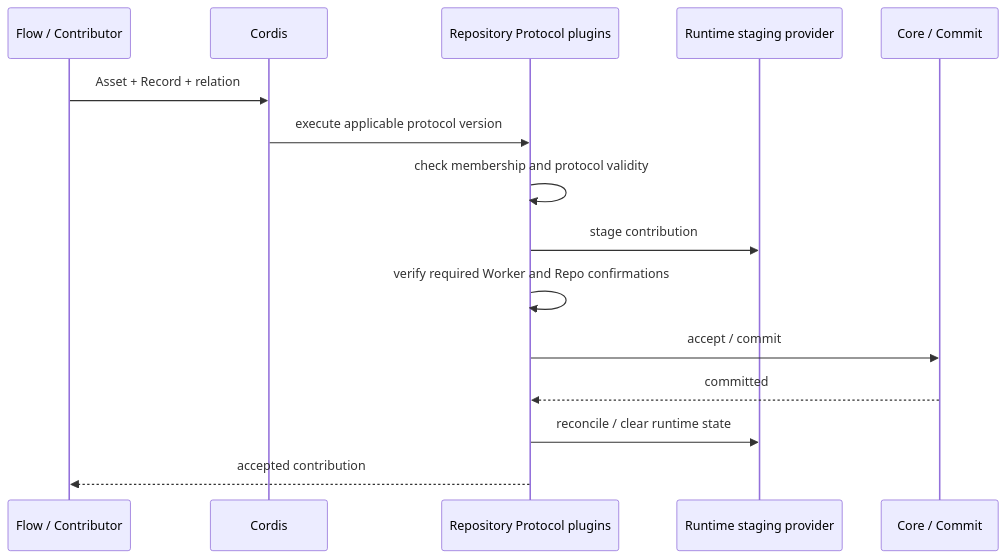
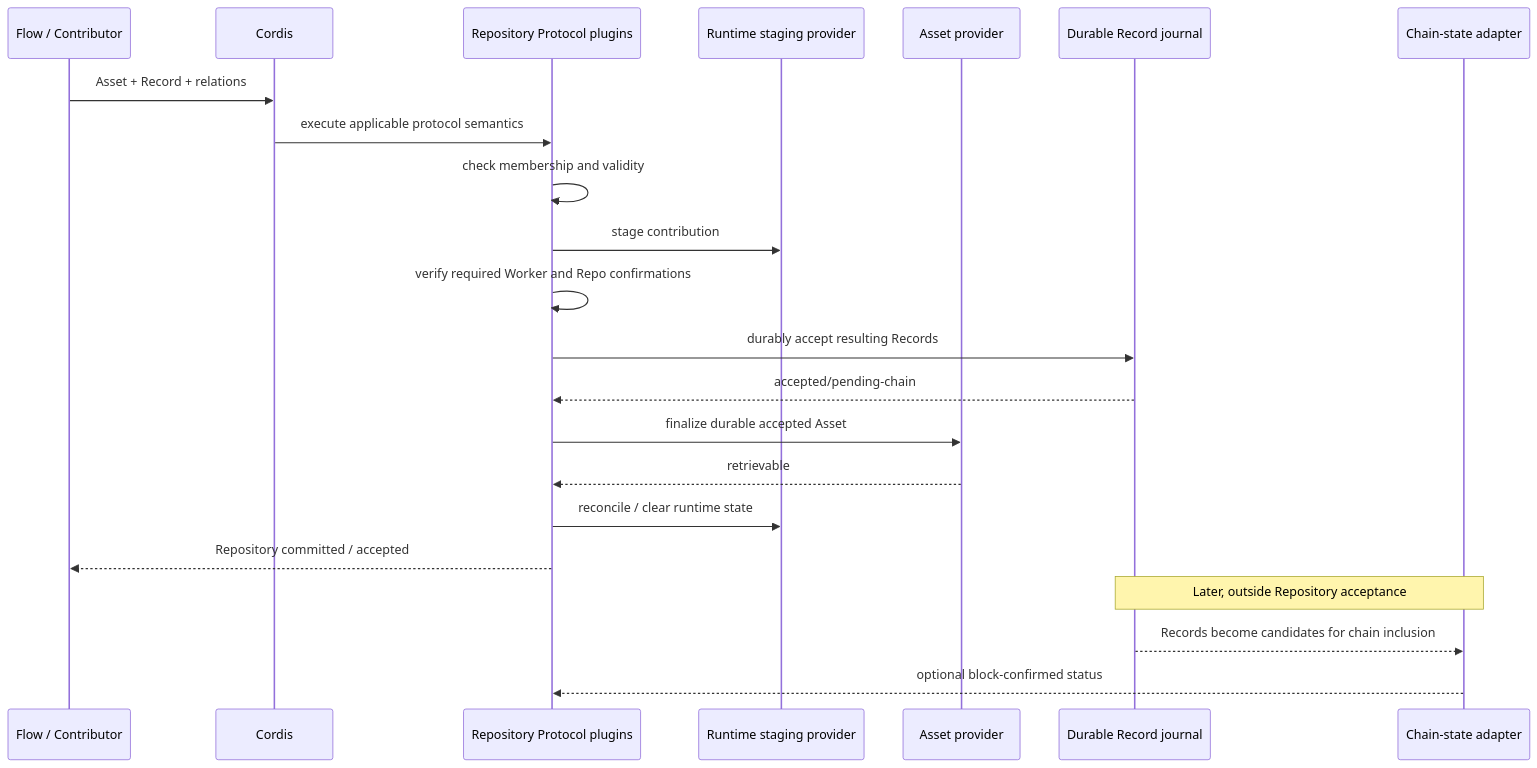
Before and after one commit to labourchain/repository: the fourth of 5 diagrams in docs/architecture.md, drawn with Mermaid. The commit also changed other lines of this file and 6 other files, not shown here.

First line of the commit message:
docs: align Repository acceptance with current Core boundary (#16)

````diff
--- a/docs/architecture.md
+++ b/docs/architecture.md
@@ -145,18 +237,26 @@
 ```mermaid
 sequenceDiagram
     participant Consumer as Flow / Contributor
     participant Cordis as Cordis
     participant Protocol as Repository Protocol plugins
     participant Stage as Runtime staging provider
-    participant Core as Core / Commit
+    participant Assets as Asset provider
+    participant Journal as Durable Record journal
+    participant Chain as Chain-state adapter
 
-    Consumer->>Cordis: Asset + Record + relation
-    Cordis->>Protocol: execute applicable protocol version
-    Protocol->>Protocol: check membership and protocol validity
+    Consumer->>Cordis: Asset + Record + relations
+    Cordis->>Protocol: execute applicable protocol semantics
+    Protocol->>Protocol: check membership and validity
     Protocol->>Stage: stage contribution
     Protocol->>Protocol: verify required Worker and Repo confirmations
-    Protocol->>Core: accept / commit
-    Core-->>Protocol: committed
+    Protocol->>Journal: durably accept resulting Records
+    Journal-->>Protocol: accepted/pending-chain
+    Protocol->>Assets: finalize durable accepted Asset
+    Assets-->>Protocol: retrievable
     Protocol->>Stage: reconcile / clear runtime state
-    Protocol-->>Consumer: accepted contribution
+    Protocol-->>Consumer: Repository committed / accepted
+
+    Note over Journal,Chain: Later, outside Repository acceptance
+    Journal-->>Chain: Records become candidates for chain inclusion
+    Chain-->>Protocol: optional block-confirmed status
 ```
````
